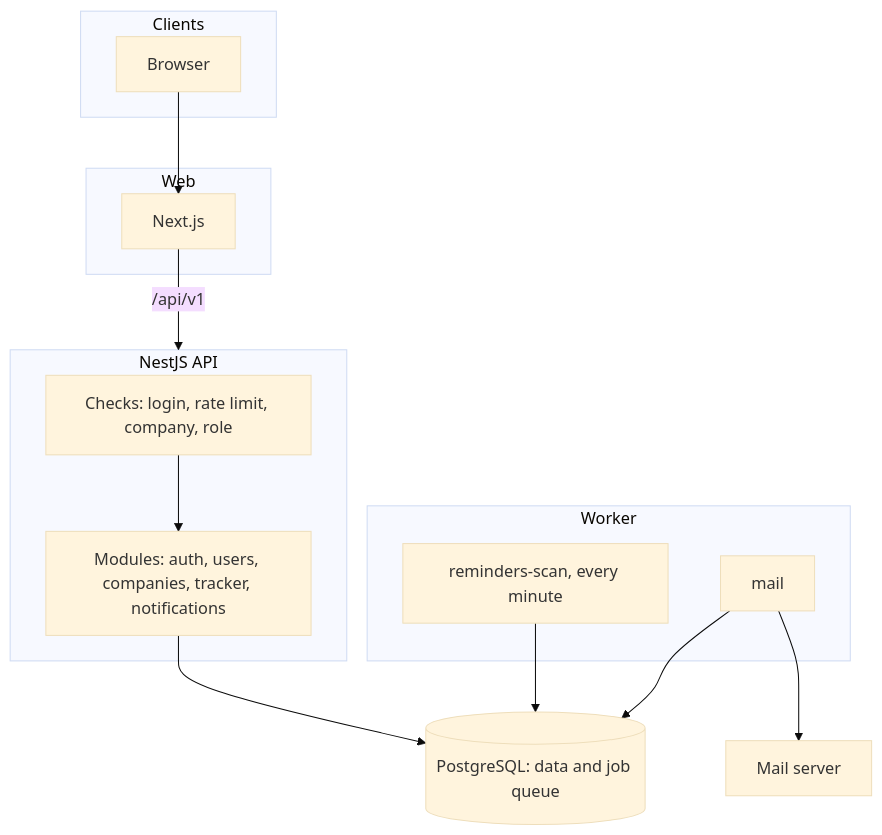
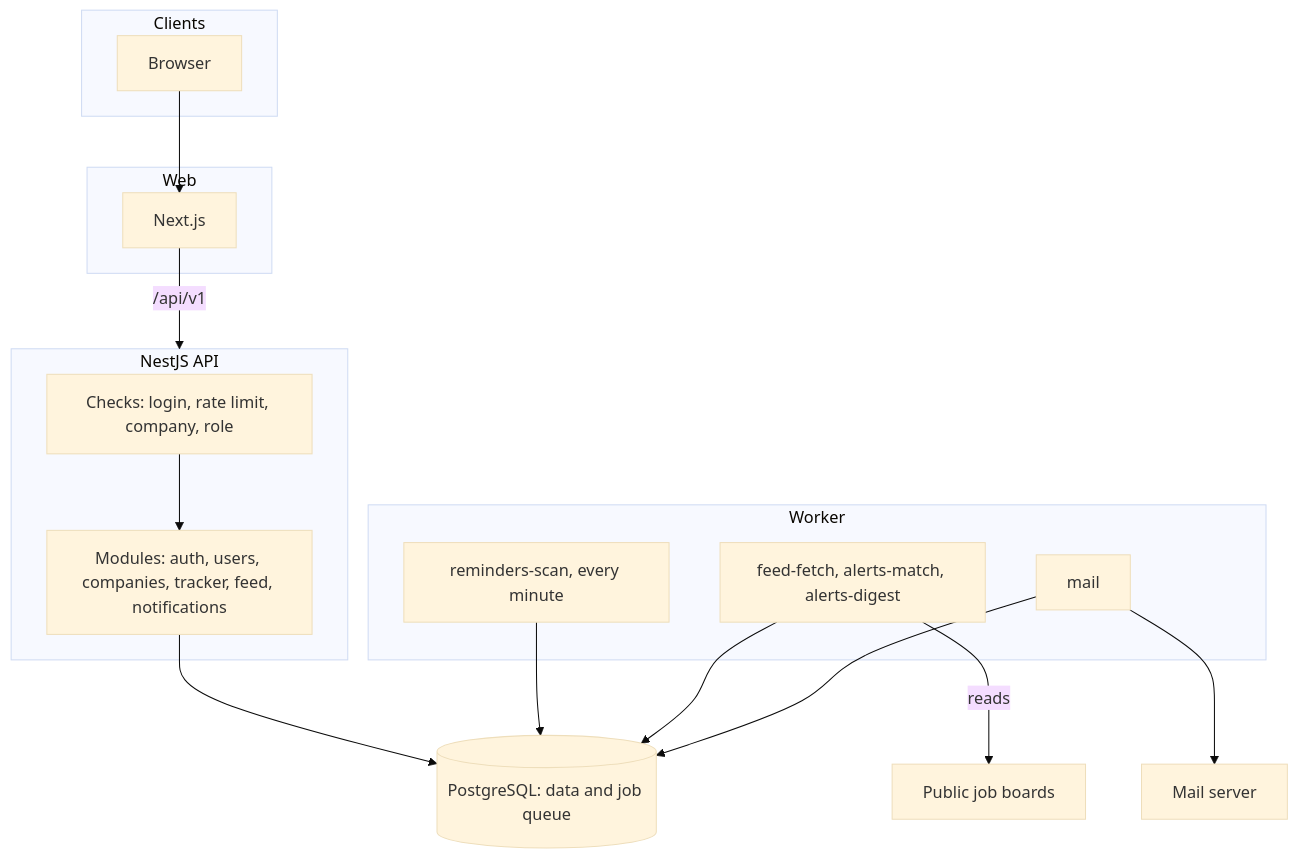
One commit to ManasSaxena14/HireFlow changed the diagram in docs/architecture.md. Above: the diagram before and after it, drawn with Mermaid (base theme). The commit also changed other lines of this file and 4 other files, not shown here.

Commit message:
docs: explain the job feed and record the choices made

````diff
--- a/docs/architecture.md
+++ b/docs/architecture.md
@@ -5,27 +5,30 @@
 ```mermaid
 flowchart TB
   subgraph Clients
     B[Browser]
   end
   subgraph Web
     N[Next.js]
   end
   subgraph API[NestJS API]
     G[Checks: login, rate limit, company, role]
-    M[Modules: auth, users, companies, tracker, notifications]
+    M[Modules: auth, users, companies, tracker, feed, notifications]
     G --> M
   end
   subgraph Worker
     S[reminders-scan, every minute]
+    F[feed-fetch, alerts-match, alerts-digest]
     E[mail]
   end
   DB[(PostgreSQL: data and job queue)]
   SMTP[Mail server]
 
   B --> N
   N -- /api/v1 --> API
   M --> DB
   S --> DB
+  F --> DB
+  F -- reads --> JB[Public job boards]
   E --> DB
   E --> SMTP
 ```
````
